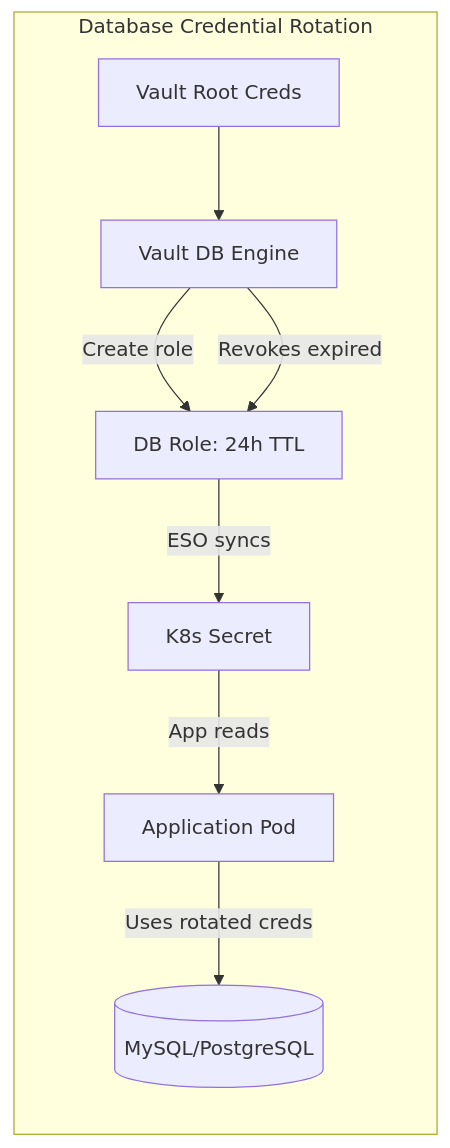
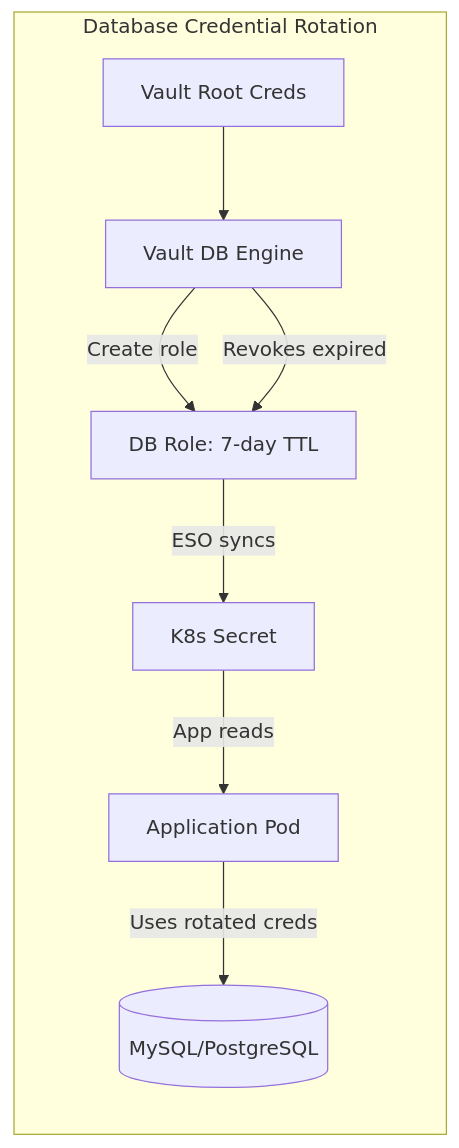
Before and after one commit to ViktorBarzin/infra: the second of 2 diagrams in docs/architecture/secrets.md, drawn with Mermaid. The commit also changed other lines of this file and 13 other files, not shown here.

First line of the commit message:
docs: comprehensive audit and update of all architecture docs and runbooks [ci skip]

````diff
--- a/docs/architecture/secrets.md
+++ b/docs/architecture/secrets.md
@@ -45,11 +45,11 @@
 ```mermaid
 graph LR
     subgraph "Database Credential Rotation"
         VAULT_ROOT[Vault Root Creds] --> VAULT_DB_ENGINE[Vault DB Engine]
-        VAULT_DB_ENGINE -->|Create role| DB_ROLE[DB Role: 24h TTL]
+        VAULT_DB_ENGINE -->|Create role| DB_ROLE[DB Role: 7-day TTL]
         DB_ROLE -->|ESO syncs| K8S_SECRET[K8s Secret]
         K8S_SECRET -->|App reads| APP[Application Pod]
         APP -->|Uses rotated creds| DATABASE[(MySQL/PostgreSQL)]
         VAULT_DB_ENGINE -->|Revokes expired| DB_ROLE
     end
 ```
````
